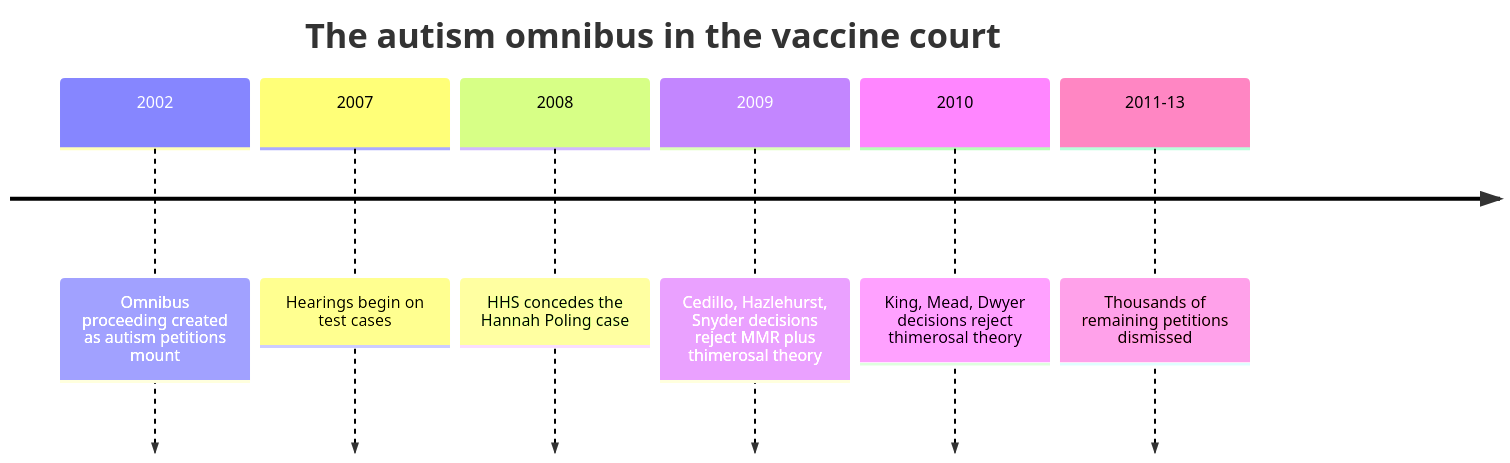
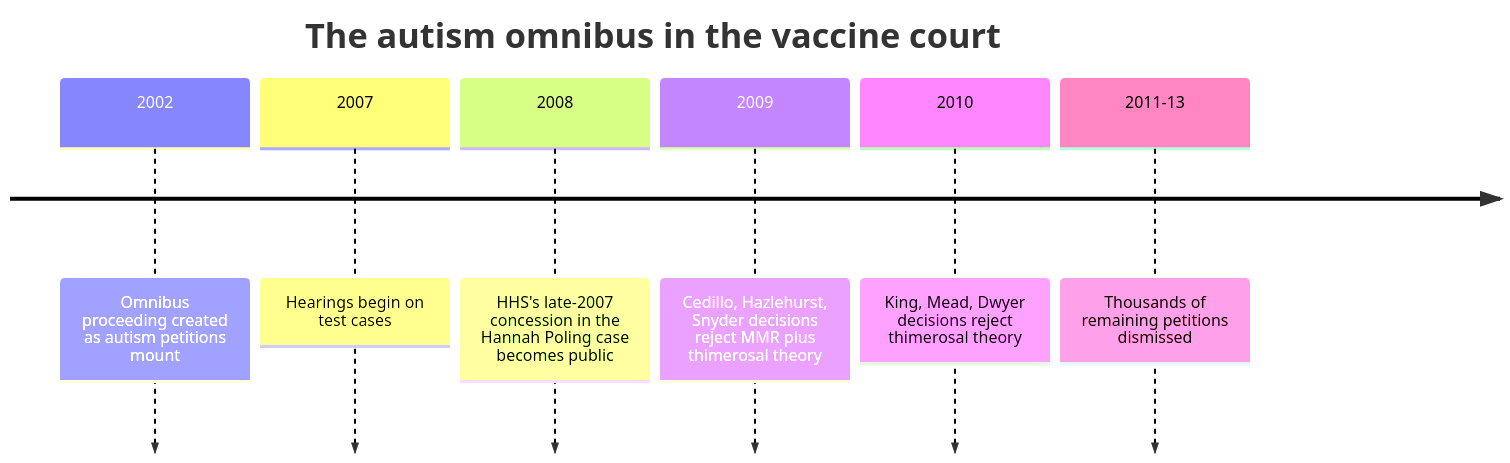
The diagram in medicine/immunology/vaccines/08-litigation-and-compensation/05-the-omnibus-autism-proceeding.md (JDV8/personal-encyclopedia), drawn with Mermaid before and after one commit. The commit also changed 248 other files, not shown here.

````diff
--- a/medicine/immunology/vaccines/08-litigation-and-compensation/05-the-omnibus-autism-proceeding.md
+++ b/medicine/immunology/vaccines/08-litigation-and-compensation/05-the-omnibus-autism-proceeding.md
@@ -5,10 +5,10 @@
 ```mermaid
 timeline
   title The autism omnibus in the vaccine court
   2002 : Omnibus proceeding created as autism petitions mount
   2007 : Hearings begin on test cases
-  2008 : HHS concedes the Hannah Poling case
+  2008 : HHS's late-2007 concession in the Hannah Poling case becomes public
   2009 : Cedillo, Hazlehurst, Snyder decisions reject MMR plus thimerosal theory
   2010 : King, Mead, Dwyer decisions reject thimerosal theory
   2011-13 : Thousands of remaining petitions dismissed
 ```
````
